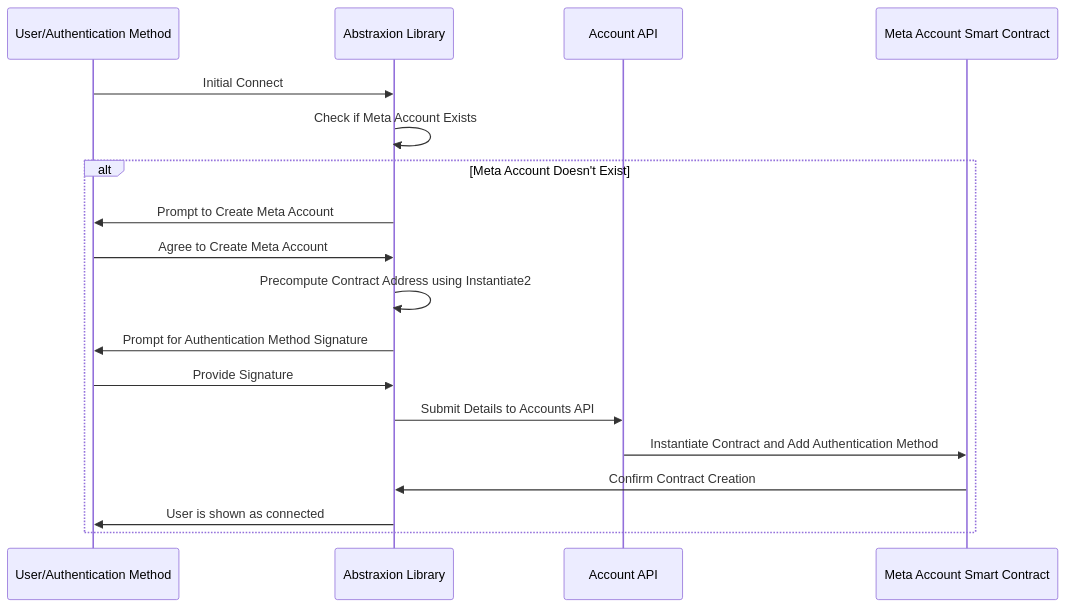
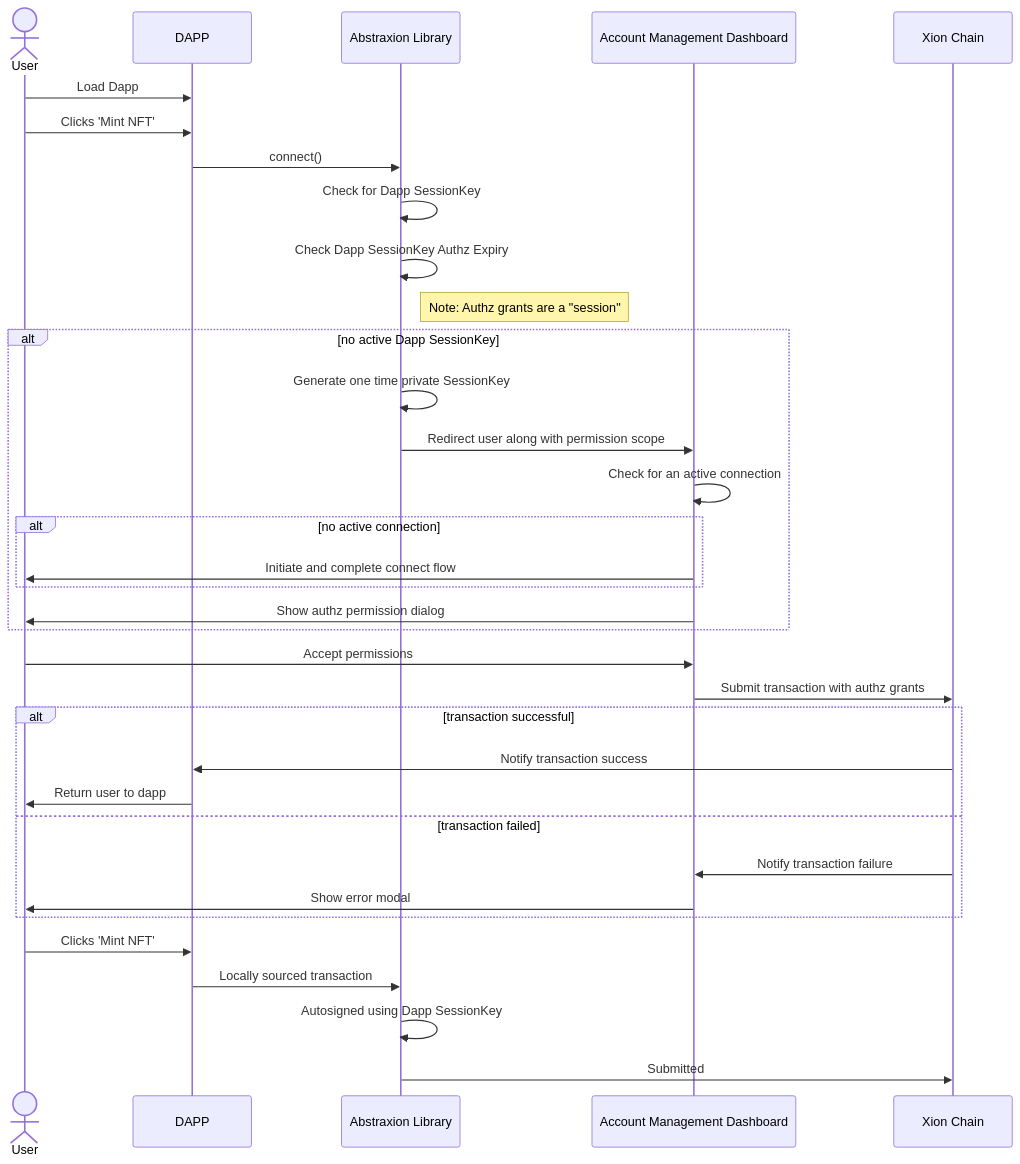
One commit to burnt-labs/docs changed the diagram in develop/featured-guides/build-react-dapp-with-account-abstraxion/meta-accounts-design.md. Above: the diagram before and after it, drawn with Mermaid. The commit also changed other lines of this file and 3 other files, not shown here.

````diff
--- a/develop/featured-guides/build-react-dapp-with-account-abstraxion/meta-accounts-design.md
+++ b/develop/featured-guides/build-react-dapp-with-account-abstraxion/meta-accounts-design.md
@@ -60,22 +58,36 @@
 ```mermaid
 sequenceDiagram
-    participant User as User/Authentication Method
-    participant Abstraxion as Abstraxion Library
-    participant API as Account API
-    participant Contract as Meta Account Smart Contract
-
-    User->>Abstraxion: Initial Connect
-    Abstraxion->>Abstraxion: Check if Meta Account Exists
-    alt Meta Account Doesn't Exist
-        Abstraxion->>User: Prompt to Create Meta Account
-        User->>Abstraxion: Agree to Create Meta Account
-        Abstraxion->>Abstraxion: Precompute Contract Address using Instantiate2
-        Abstraxion->>User: Prompt for Authentication Method Signature
-        User->>Abstraxion: Provide Signature
-        Abstraxion->>API: Submit Details to Accounts API
-        API->>Contract: Instantiate Contract and Add Authentication Method
-        Contract->>Abstraxion: Confirm Contract Creation
-
-        Abstraxion->>User: User is shown as connected
+    Actor User
+    participant DAPP
+    participant AbstraxionLibrary as Abstraxion Library
+    participant AccountManagementDashboard as Account Management Dashboard
+    participant XionChain as Xion Chain
+    User->>DAPP: Load Dapp
+    User->>DAPP: Clicks 'Mint NFT'
+    DAPP->>AbstraxionLibrary: connect()
+    AbstraxionLibrary->>AbstraxionLibrary: Check for Dapp SessionKey 
+    AbstraxionLibrary->>AbstraxionLibrary: Check Dapp SessionKey Authz Expiry
+    Note right of AbstraxionLibrary: Note: Authz grants are a "session"
+    alt no active Dapp SessionKey
+        AbstraxionLibrary->>AbstraxionLibrary: Generate one time private SessionKey
+        AbstraxionLibrary->>AccountManagementDashboard: Redirect user along with permission scope 
+        AccountManagementDashboard->>AccountManagementDashboard: Check for an active connection
+        alt no active connection
+            AccountManagementDashboard->>User: Initiate and complete connect flow
+        end
+        AccountManagementDashboard->>User: Show authz permission dialog
     end
+    User->>AccountManagementDashboard: Accept permissions
+    AccountManagementDashboard->>XionChain: Submit transaction with authz grants
+    alt transaction successful
+        XionChain->>DAPP: Notify transaction success
+        DAPP->>User: Return user to dapp
+    else transaction failed
+        XionChain->>AccountManagementDashboard: Notify transaction failure
+        AccountManagementDashboard->>User: Show error modal
+    end
+    User->>DAPP: Clicks 'Mint NFT'
+    DAPP->>AbstraxionLibrary: Locally sourced transaction
+    AbstraxionLibrary->>AbstraxionLibrary: Autosigned using Dapp SessionKey 
+    AbstraxionLibrary->>XionChain: Submitted 
 ```
````
